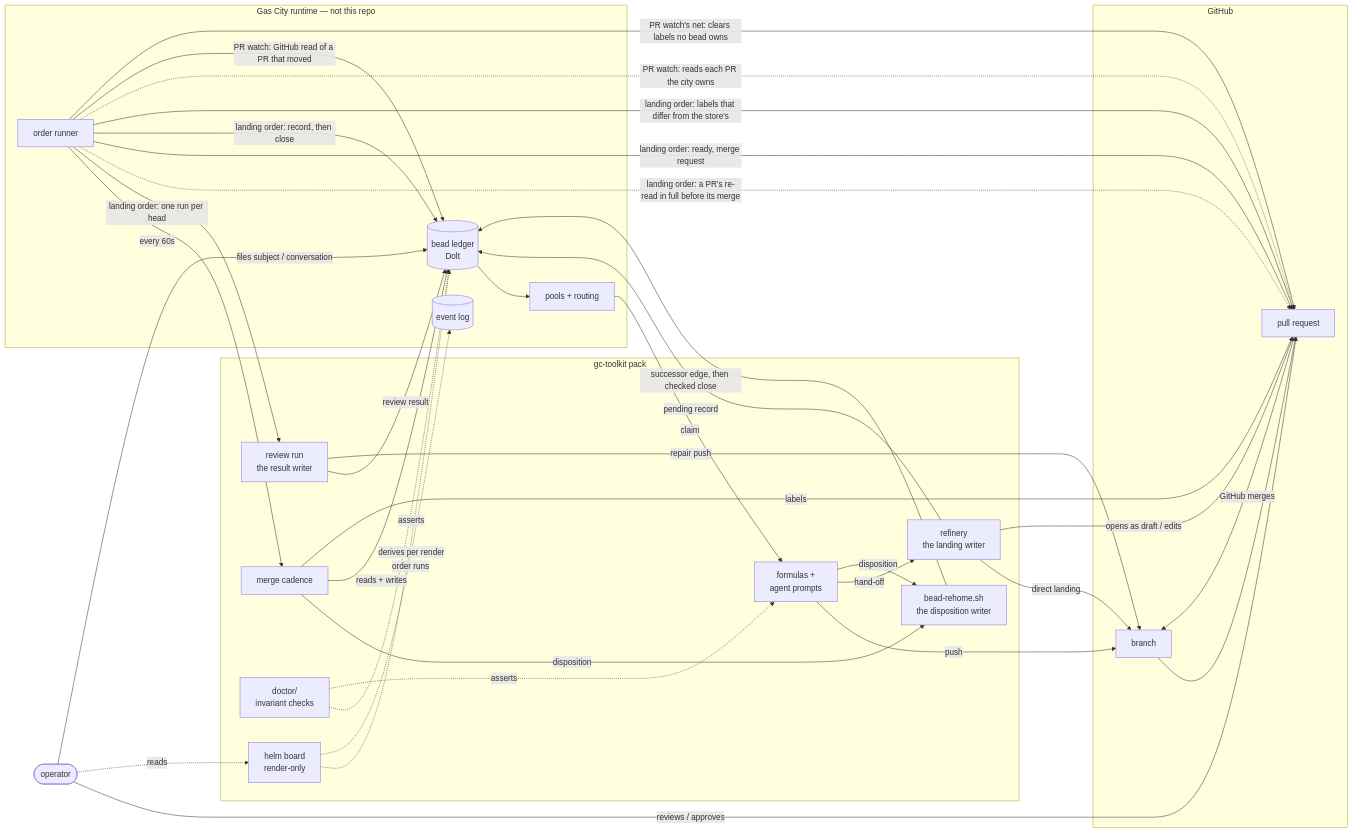
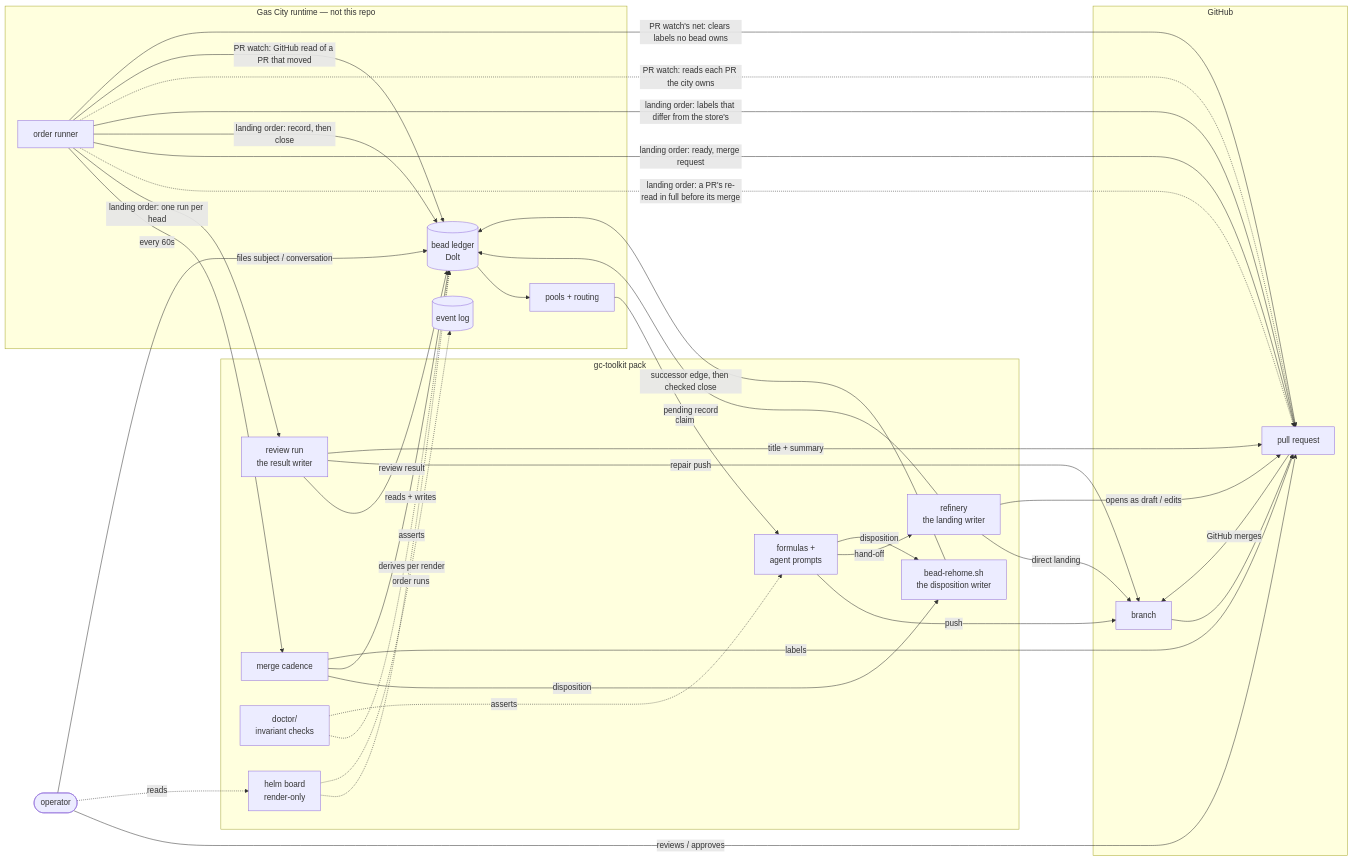
Before and after one commit to zookanalytics/gc-toolkit: the diagram in docs/architecture.md, drawn with Mermaid. The commit also changed other lines of this file, not shown here.

First line of the commit message:
docs: record that a review run publishes the PR's title and summary (tk-1tfzr71.211)

````diff
--- a/docs/architecture.md
+++ b/docs/architecture.md
@@ -40,56 +40,57 @@
 ```mermaid
 flowchart LR
   OP([operator])
   subgraph city["Gas City runtime — not this repo"]
     LEDGER[(bead ledger<br/>Dolt)]
     EVT[(event log)]
     POOL[pools + routing]
     ORD[order runner]
   end
   subgraph pack["gc-toolkit pack"]
     FORM[formulas +<br/>agent prompts]
     REF[refinery<br/>the landing writer]
     DISP[bead-rehome.sh<br/>the disposition writer]
     CAD[merge cadence]
     RUN[review run<br/>the result writer]
     DOC[doctor/<br/>invariant checks]
     HELM[helm board<br/>render-only]
   end
   subgraph git["GitHub"]
     BR[branch]
     PR[pull request]
   end
 
   OP -->|files subject / conversation| LEDGER
   OP -->|reviews / approves| PR
   OP -.->|reads| HELM
   LEDGER --> POOL
   POOL -->|claim| FORM
   FORM -->|push| BR
   FORM -->|hand-off| REF
   REF -->|direct landing| BR
   REF -->|opens as draft / edits| PR
   REF -->|pending record| LEDGER
   FORM -->|disposition| DISP
   CAD -->|disposition| DISP
   DISP -->|successor edge, then checked close| LEDGER
   RUN -->|review result| LEDGER
   RUN -->|repair push| BR
+  RUN -->|title + summary| PR
   ORD -->|every 60s| CAD
   ORD -->|landing order: one run per head| RUN
   ORD -.->|landing order: a PR's re-read in full before its merge| PR
   ORD -->|landing order: ready, merge request| PR
   ORD -->|landing order: record, then close| LEDGER
   ORD -->|landing order: labels that differ from the store's| PR
   ORD -.->|PR watch: reads each PR the city owns| PR
   ORD -->|PR watch: GitHub read of a PR that moved| LEDGER
   ORD -->|PR watch's net: clears labels no bead owns| PR
   CAD -->|reads + writes| LEDGER
   CAD -->|labels| PR
   BR --> PR
   PR -->|GitHub merges| BR
   HELM -.->|derives per render| LEDGER
   HELM -.->|order runs| EVT
   DOC -.->|asserts| LEDGER
   DOC -.->|asserts| FORM
 ```
````
